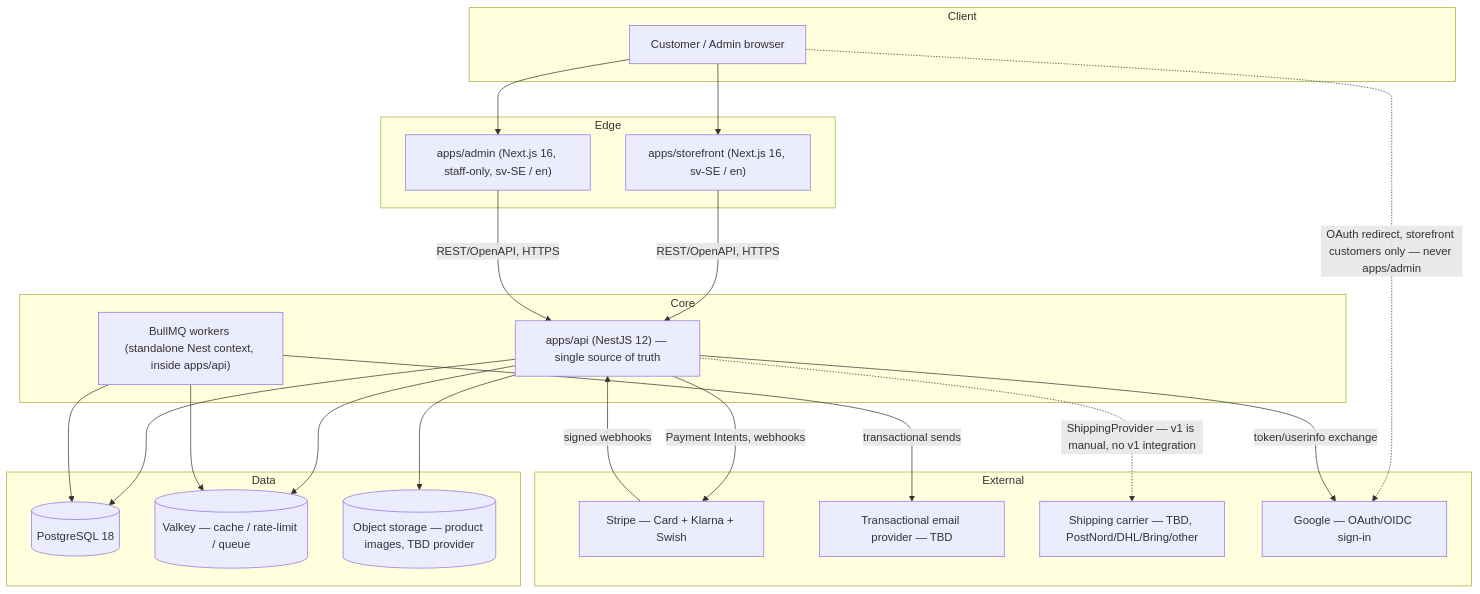
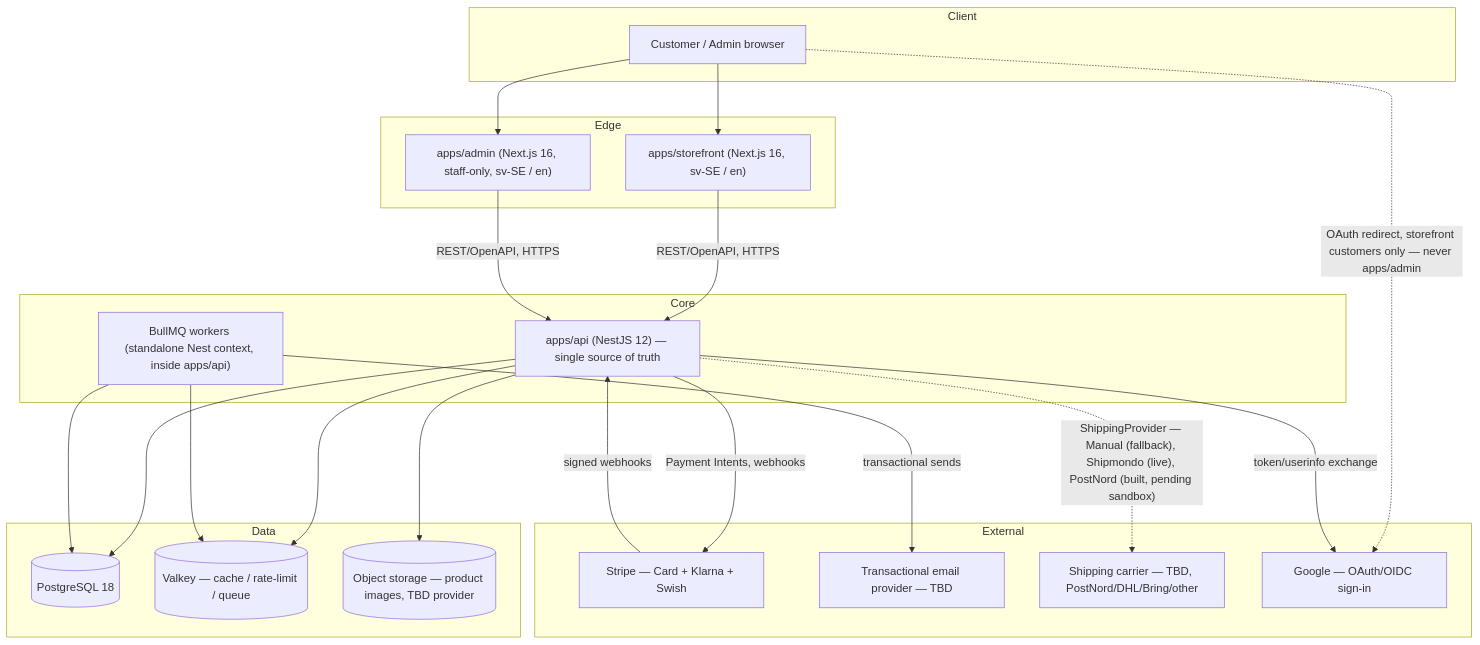
One commit to alaald-2/ame-de-fil changed the diagram in docs/ARCHITECTURE.md. Above: the diagram before and after it, drawn with Mermaid. The commit also changed other lines of this file and 3 other files, not shown here.

First line of the commit message:
docs: refresh README/ARCHITECTURE/DATABASE/ROADMAP for current shipping state

````diff
--- a/docs/ARCHITECTURE.md
+++ b/docs/ARCHITECTURE.md
@@ -7,45 +7,45 @@
 ```mermaid
 flowchart TB
     subgraph Client
         Browser[Customer / Admin browser]
     end
 
     subgraph Edge
         SF["apps/storefront (Next.js 16, sv-SE / en)"]
         AD["apps/admin (Next.js 16, staff-only, sv-SE / en)"]
     end
 
     subgraph Core
         API["apps/api (NestJS 12) — single source of truth"]
         Worker["BullMQ workers (standalone Nest context, inside apps/api)"]
     end
 
     subgraph Data
         PG[(PostgreSQL 18)]
         Valkey[(Valkey — cache / rate-limit / queue)]
         Blob[(Object storage — product images, TBD provider)]
     end
 
     subgraph External
         Stripe[Stripe — Card + Klarna + Swish]
         Email[Transactional email provider — TBD]
         Carrier[Shipping carrier — TBD, PostNord/DHL/Bring/other]
         Google[Google — OAuth/OIDC sign-in]
     end
 
     Browser --> SF
     Browser --> AD
     SF -- REST/OpenAPI, HTTPS --> API
     AD -- REST/OpenAPI, HTTPS --> API
     API --> PG
     API --> Valkey
     API --> Blob
     API -- Payment Intents, webhooks --> Stripe
     Worker --> PG
     Worker --> Valkey
     Worker -- transactional sends --> Email
     Stripe -- signed webhooks --> API
-    API -.->|"ShippingProvider — v1 is manual, no v1 integration"| Carrier
+    API -.->|"ShippingProvider — Manual (fallback), Shipmondo (live), PostNord (built, pending sandbox)"| Carrier
     Browser -.->|"OAuth redirect, storefront customers only — never apps/admin"| Google
     API -- token/userinfo exchange --> Google
 ```
````
